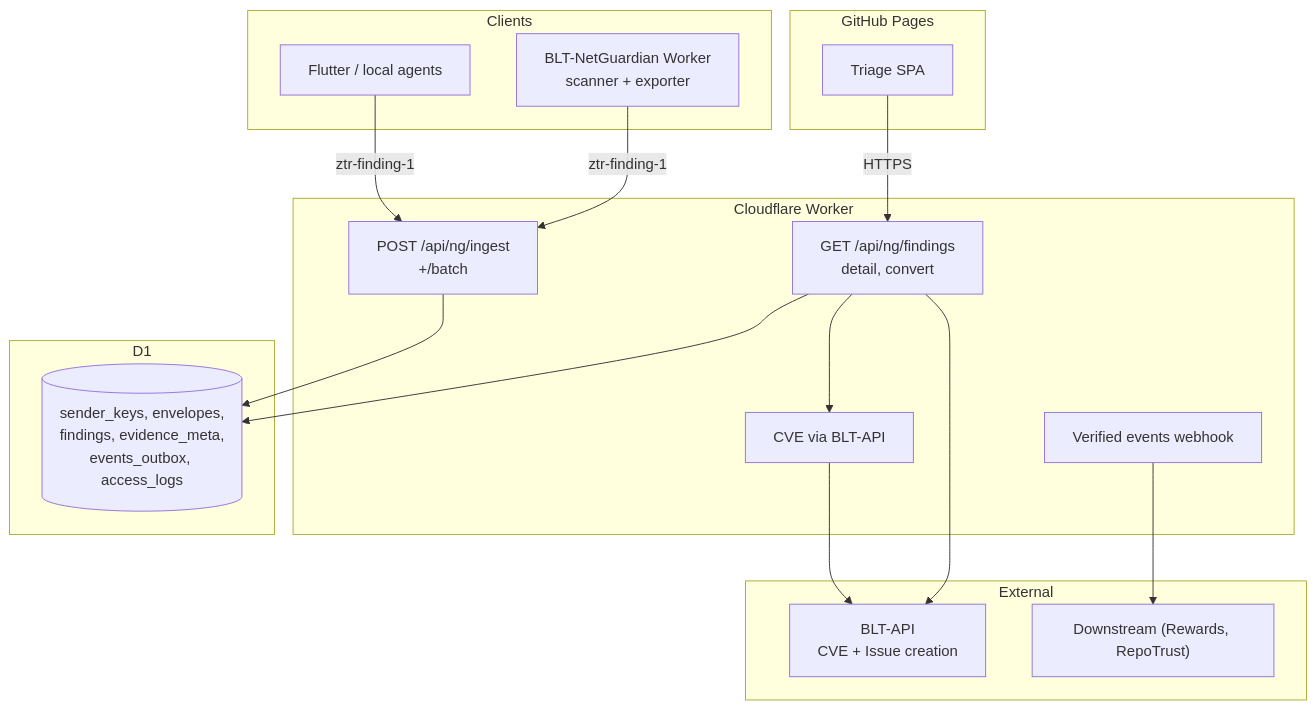
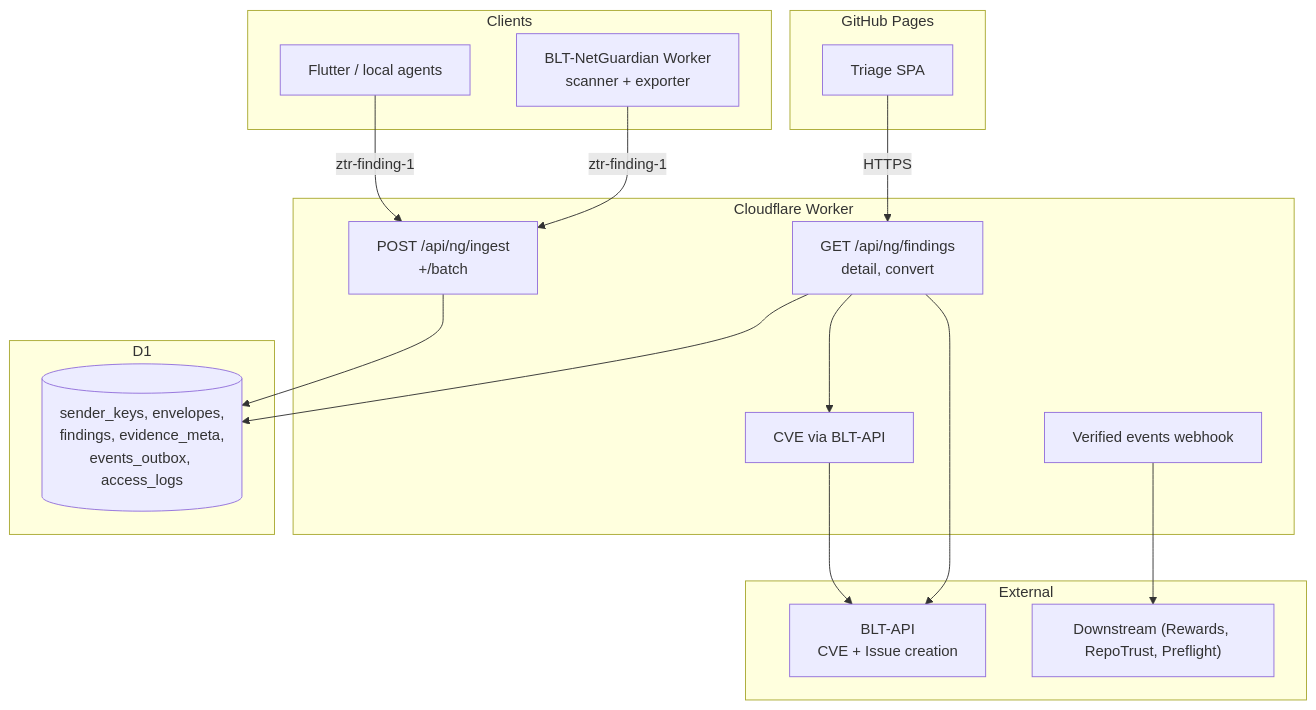
One commit to Pritz395/Just-the-approach- changed the second of 2 diagrams in README.md. Above: the diagram before and after it, drawn with Mermaid. The commit also changed other lines of this file, not shown here.

Commit message:
Full GSoC proposal: Abstract, Scope, diagrams, 12-week plan, Deliverables, Risks, Communication, Contributions, About Me, Why/What I Want, Appendix; Preflight naming

````diff
--- a/README.md
+++ b/README.md
@@ -43,37 +42,37 @@
 ```mermaid
 flowchart TB
   subgraph Clients["Clients"]
     FC["Flutter / local agents"]
     WX["BLT-NetGuardian Worker<br/>scanner + exporter"]
   end
 
   subgraph CF["Cloudflare Worker"]
     Ingest["POST /api/ng/ingest<br/>+/batch"]
     Triage["GET /api/ng/findings<br/>detail, convert"]
     CVE["CVE via BLT-API"]
     Events["Verified events webhook"]
   end
 
   subgraph Storage["D1"]
     D1[(sender_keys, envelopes,<br/>findings, evidence_meta,<br/>events_outbox, access_logs)]
   end
 
   subgraph Frontend["GitHub Pages"]
     SPA["Triage SPA"]
   end
 
   subgraph External["External"]
     BLTAPI["BLT-API<br/>CVE + Issue creation"]
-    Down["Downstream (Rewards, RepoTrust)"]
+    Down["Downstream (Rewards, RepoTrust, Preflight)"]
   end
 
   FC -->|ztr-finding-1| Ingest
   WX -->|ztr-finding-1| Ingest
   Ingest --> D1
   Triage --> D1
   CVE --> BLTAPI
   Triage --> CVE
   SPA -->|HTTPS| Triage
   Triage --> BLTAPI
   Events --> Down
 ```
````
